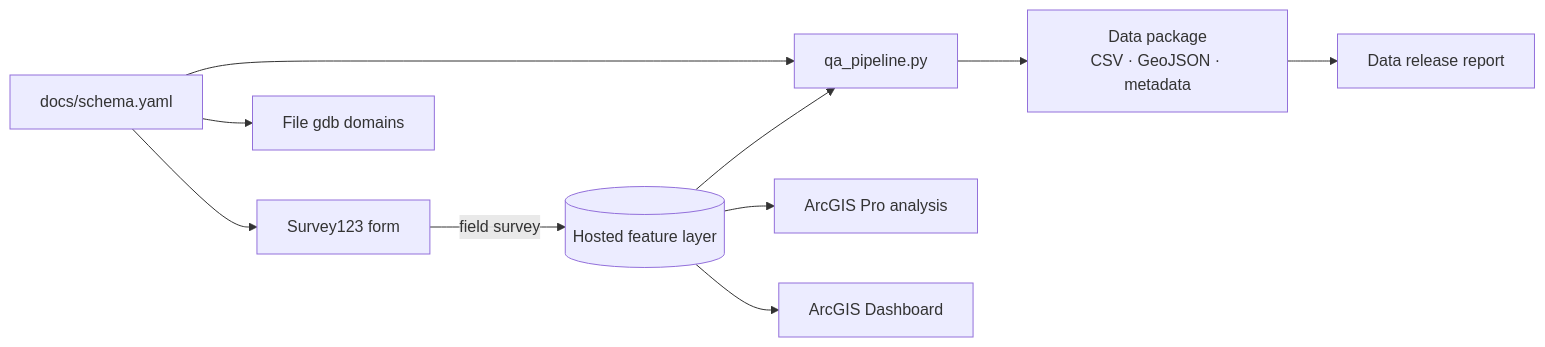
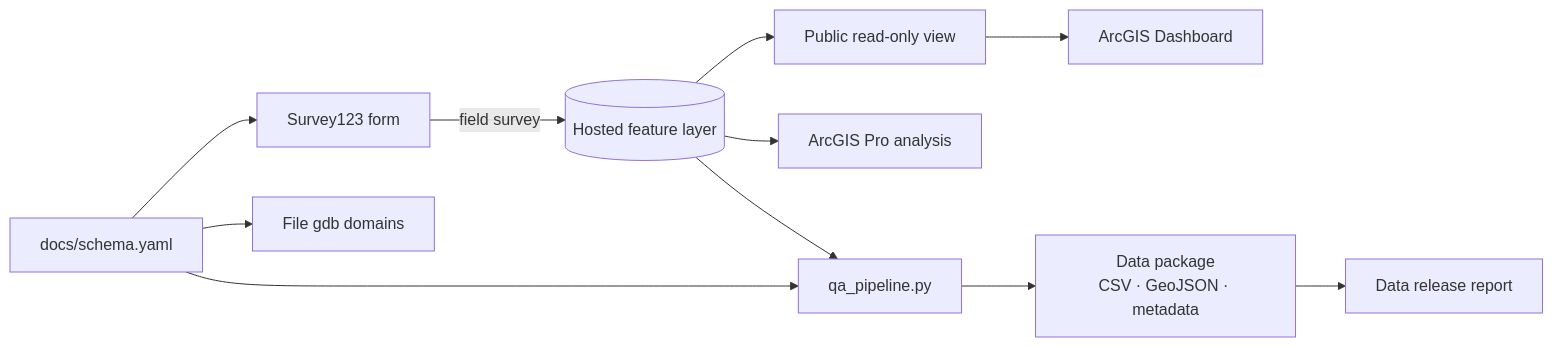
One commit to MegaDeadCowboy/whatcom-creek-salmon-monitoring changed the diagram in README.md. Above: the diagram before and after it, drawn with Mermaid. The commit also changed other lines of this file, not shown here.

````diff
--- a/README.md
+++ b/README.md
@@ -7,12 +7,13 @@
 ```mermaid
 flowchart LR
   S[docs/schema.yaml] --> F[Survey123 form]
   S --> G[File gdb domains]
   S --> Q[qa_pipeline.py]
   F -->|field survey| H[(Hosted feature layer)]
+  H --> V[Public read-only view]
+  V --> B[ArcGIS Dashboard]
   H --> P[ArcGIS Pro analysis]
   H --> Q
   Q --> D[Data package<br/>CSV · GeoJSON · metadata]
   D --> R[Data release report]
-  H --> B[ArcGIS Dashboard]
 ```
````
